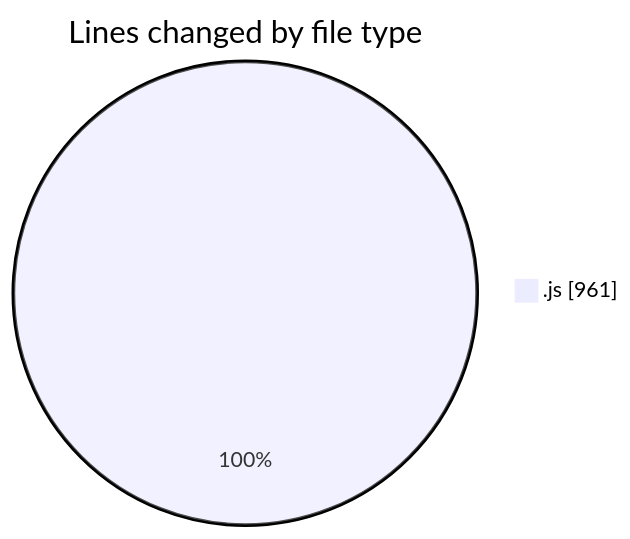
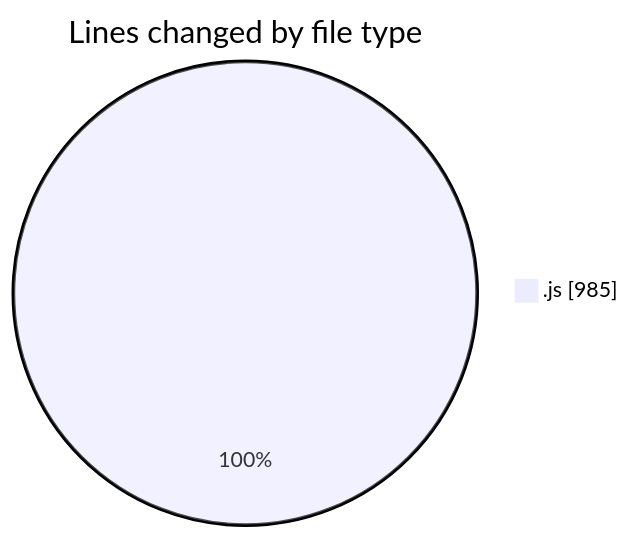
The first of 2 diagrams in 2025-09-01/nxtqube_webapp/README.md (nxtqubesakshisongat/code-tracking), drawn with Mermaid before and after one commit. The commit also changed other lines of this file and 1 other file, not shown here.

````diff
--- a/2025-09-01/nxtqube_webapp/README.md
+++ b/2025-09-01/nxtqube_webapp/README.md
@@ -20,5 +20,5 @@
 ```mermaid
 pie showData
 title Lines changed by file type
-".js" : 961
+".js" : 985
 ```
````
